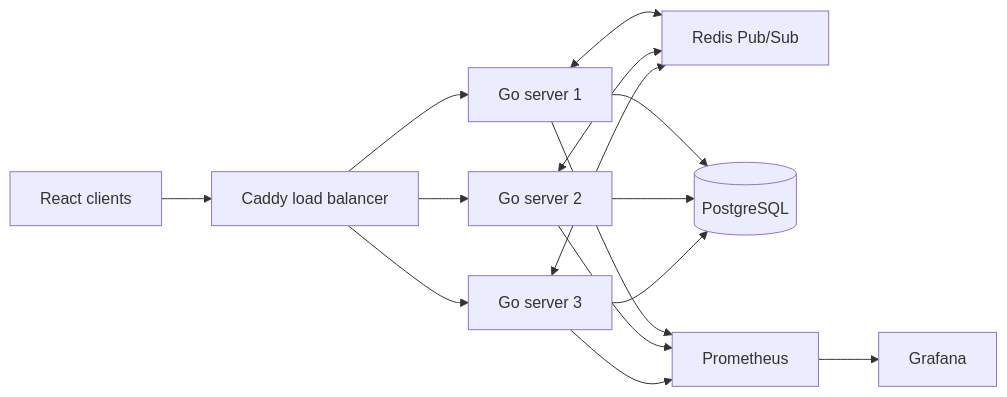
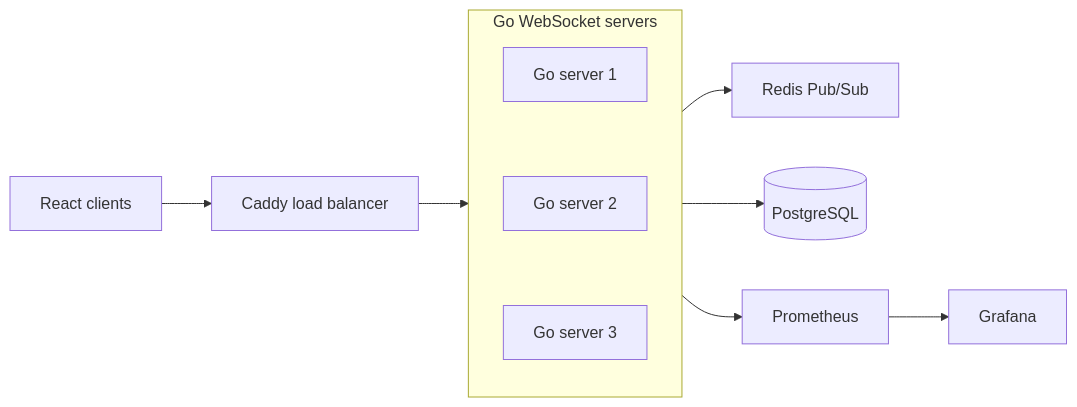
The diagram in README.md (KayraBulbul/distributed-chat-app), drawn with Mermaid before and after one commit.

Commit message:
docs: clarify architecture diagram

````diff
--- a/README.md
+++ b/README.md
@@ -25,20 +25,19 @@
 ```mermaid
 flowchart LR
     clients[React clients] --> caddy[Caddy load balancer]
-    caddy --> ws1[Go server 1]
-    caddy --> ws2[Go server 2]
-    caddy --> ws3[Go server 3]
+    caddy --> servers
 
-    ws1 <--> redis[Redis Pub/Sub]
-    ws2 <--> redis
-    ws3 <--> redis
+    subgraph servers[Go WebSocket servers]
+        direction TB
+        ws1[Go server 1]
+        ws2[Go server 2]
+        ws3[Go server 3]
+        ws1 ~~~ ws2
+        ws2 ~~~ ws3
+    end
 
-    ws1 --> postgres[(PostgreSQL)]
-    ws2 --> postgres
-    ws3 --> postgres
-
-    ws1 --> prometheus[Prometheus]
-    ws2 --> prometheus
-    ws3 --> prometheus
+    servers --> redis[Redis Pub/Sub]
+    servers --> postgres[(PostgreSQL)]
+    servers --> prometheus[Prometheus]
     prometheus --> grafana[Grafana]
 ```
````
